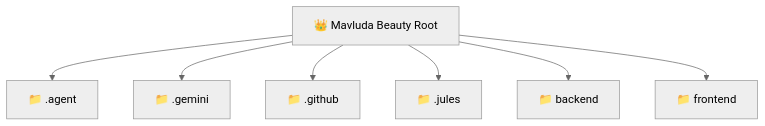
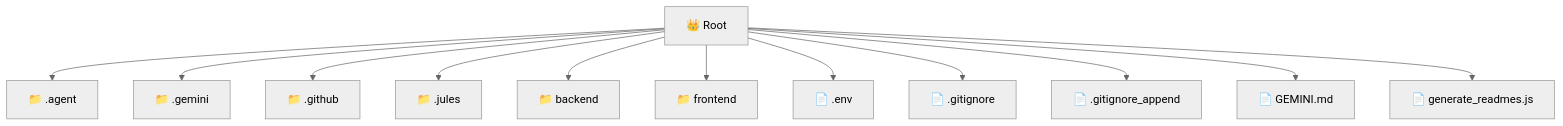
The diagram in README.md (beginwebdev2002/fullstack-mavluda), drawn with Mermaid (neutral theme) before and after one commit. The commit also changed other lines of this file and 165 other files, not shown here.

First line of the commit message:
docs: generate localized architectural READMEs

````diff
--- a/README.md
+++ b/README.md
@@ -9,10 +9,15 @@
 ```mermaid
 graph TD
-  Root["👑 Mavluda Beauty Root"]
-  Root --> agent["📁 .agent"]
-  Root --> gemini["📁 .gemini"]
-  Root --> github["📁 .github"]
-  Root --> jules["📁 .jules"]
+  Root["👑 Root"]
+  Root --> _agent["📁 .agent"]
+  Root --> _gemini["📁 .gemini"]
+  Root --> _github["📁 .github"]
+  Root --> _jules["📁 .jules"]
   Root --> backend["📁 backend"]
   Root --> frontend["📁 frontend"]
+  Root --> _env["📄 .env"]
+  Root --> _gitignore["📄 .gitignore"]
+  Root --> _gitignore_append["📄 .gitignore_append"]
+  Root --> GEMINI_md["📄 GEMINI.md"]
+  Root --> generate_readmes_js["📄 generate_readmes.js"]
 ```
````
